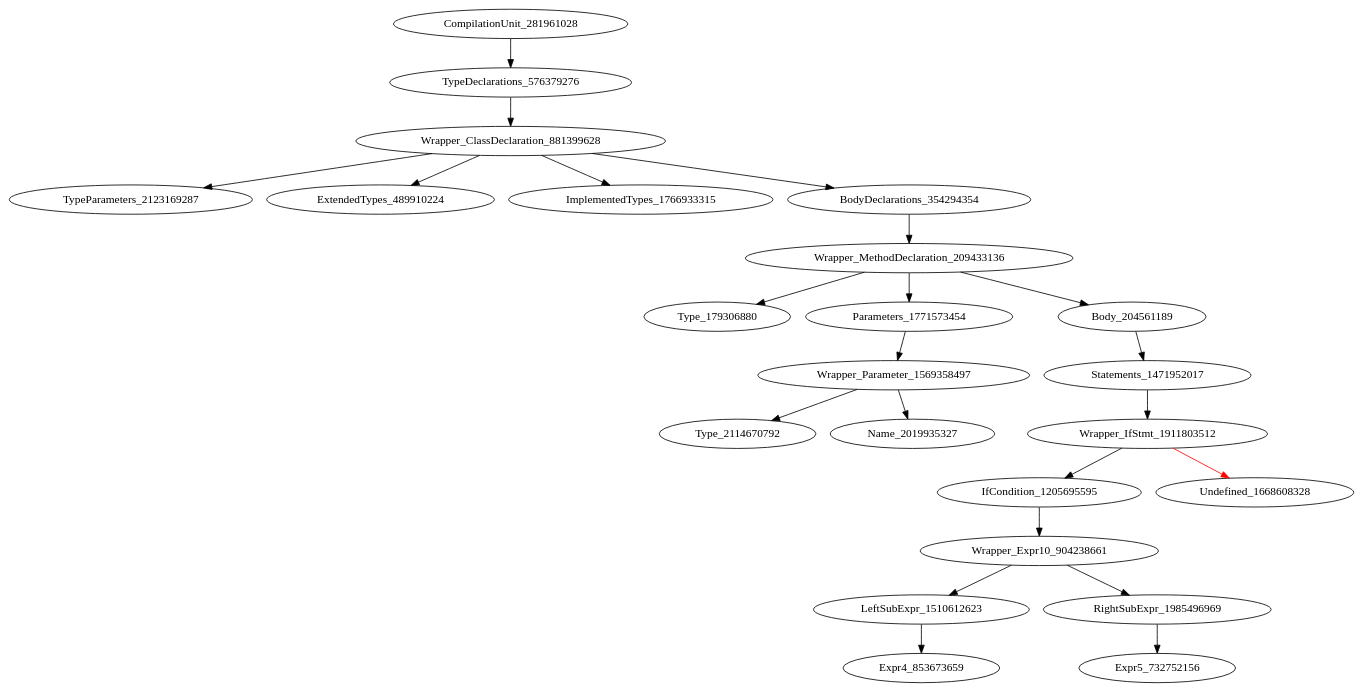
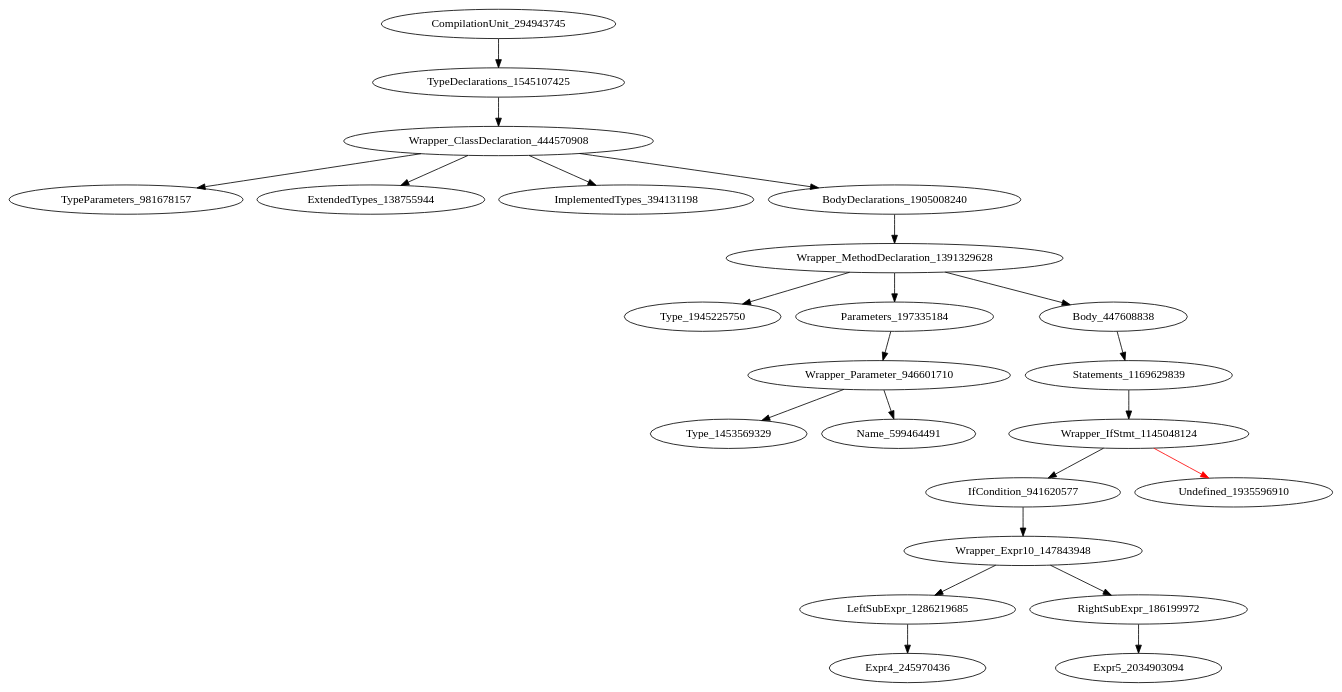
The diagram in holeAST.dot (icse2023material/VoiceJava), drawn with Graphviz before and after one commit. The commit also changed 15 other files, not shown here.

```diff
--- a/holeAST.dot
+++ b/holeAST.dot
@@ -1,24 +1,24 @@
 digraph {
-CompilationUnit_281961028 -> TypeDeclarations_576379276
-TypeDeclarations_576379276 -> Wrapper_ClassDeclaration_881399628
-Wrapper_ClassDeclaration_881399628 -> TypeParameters_2123169287
-Wrapper_ClassDeclaration_881399628 -> ExtendedTypes_489910224
-Wrapper_ClassDeclaration_881399628 -> ImplementedTypes_1766933315
-Wrapper_ClassDeclaration_881399628 -> BodyDeclarations_354294354
-BodyDeclarations_354294354 -> Wrapper_MethodDeclaration_209433136
-Wrapper_MethodDeclaration_209433136 -> Type_179306880
-Wrapper_MethodDeclaration_209433136 -> Parameters_1771573454
-Wrapper_MethodDeclaration_209433136 -> Body_204561189
-Parameters_1771573454 -> Wrapper_Parameter_1569358497
-Body_204561189 -> Statements_1471952017
-Wrapper_Parameter_1569358497 -> Type_2114670792
-Wrapper_Parameter_1569358497 -> Name_2019935327
-Statements_1471952017 -> Wrapper_IfStmt_1911803512
-Wrapper_IfStmt_1911803512 -> IfCondition_1205695595
-Wrapper_IfStmt_1911803512 -> Undefined_1668608328 [color = red] 
-IfCondition_1205695595 -> Wrapper_Expr10_904238661
-Wrapper_Expr10_904238661 -> LeftSubExpr_1510612623
-Wrapper_Expr10_904238661 -> RightSubExpr_1985496969
-LeftSubExpr_1510612623 -> Expr4_853673659
-RightSubExpr_1985496969 -> Expr5_732752156
+CompilationUnit_294943745 -> TypeDeclarations_1545107425
+TypeDeclarations_1545107425 -> Wrapper_ClassDeclaration_444570908
+Wrapper_ClassDeclaration_444570908 -> TypeParameters_981678157
+Wrapper_ClassDeclaration_444570908 -> ExtendedTypes_138755944
+Wrapper_ClassDeclaration_444570908 -> ImplementedTypes_394131198
+Wrapper_ClassDeclaration_444570908 -> BodyDeclarations_1905008240
+BodyDeclarations_1905008240 -> Wrapper_MethodDeclaration_1391329628
+Wrapper_MethodDeclaration_1391329628 -> Type_1945225750
+Wrapper_MethodDeclaration_1391329628 -> Parameters_197335184
+Wrapper_MethodDeclaration_1391329628 -> Body_447608838
+Parameters_197335184 -> Wrapper_Parameter_946601710
+Body_447608838 -> Statements_1169629839
+Wrapper_Parameter_946601710 -> Type_1453569329
+Wrapper_Parameter_946601710 -> Name_599464491
+Statements_1169629839 -> Wrapper_IfStmt_1145048124
+Wrapper_IfStmt_1145048124 -> IfCondition_941620577
+Wrapper_IfStmt_1145048124 -> Undefined_1935596910 [color = red] 
+IfCondition_941620577 -> Wrapper_Expr10_147843948
+Wrapper_Expr10_147843948 -> LeftSubExpr_1286219685
+Wrapper_Expr10_147843948 -> RightSubExpr_186199972
+LeftSubExpr_1286219685 -> Expr4_245970436
+RightSubExpr_186199972 -> Expr5_2034903094
 }
```
